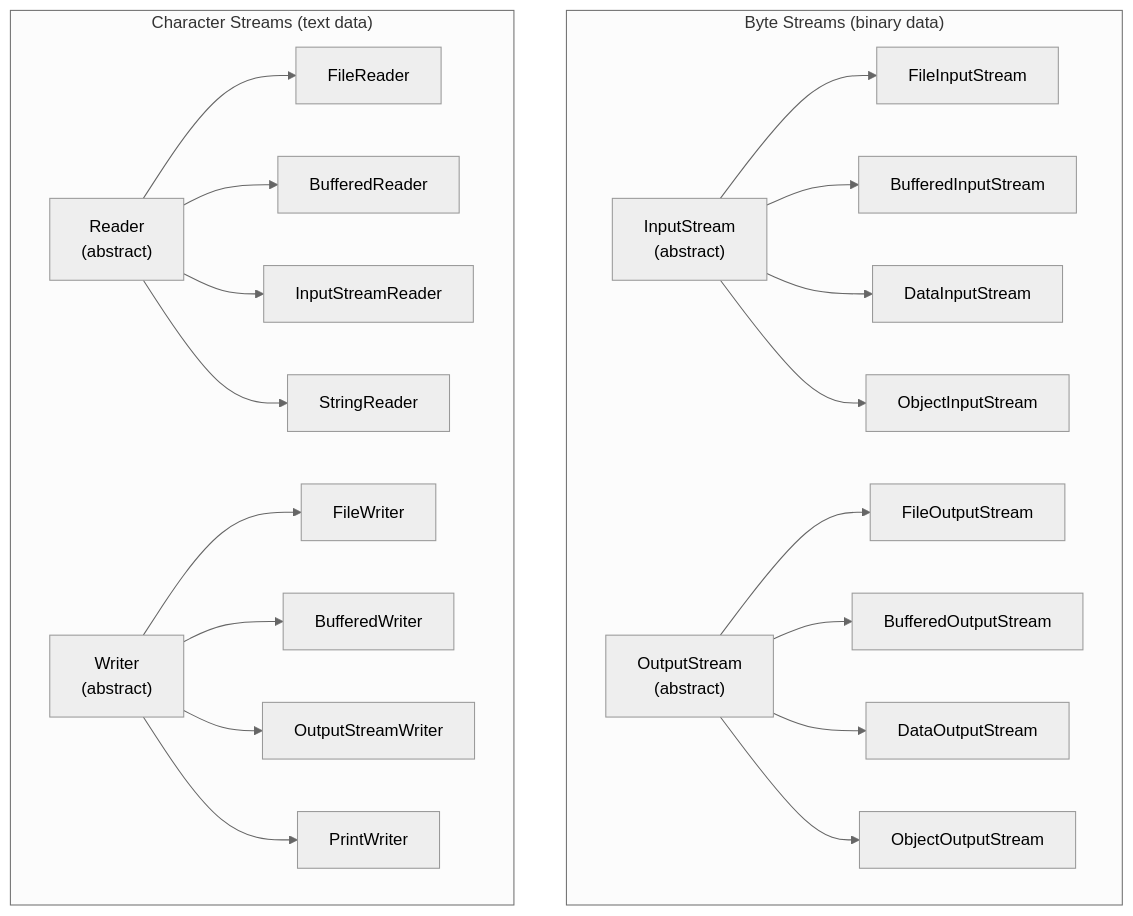
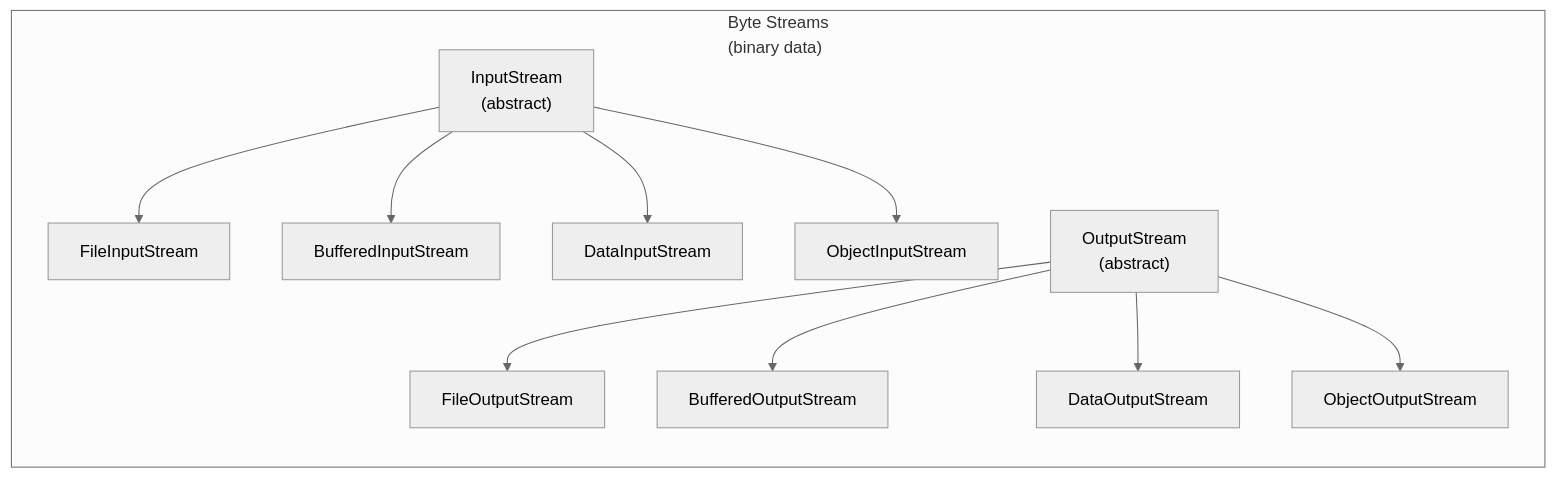
Before and after one commit to amitdevx/TY: the second of 3 diagrams in 01-Semester-V/CS-301-MJ-T-Core-Java/Unit-4.md, drawn with Mermaid (neutral theme). The commit also changed 65 other files, not shown here.

Commit message:
fix:graph vertical

````diff
--- a/01-Semester-V/CS-301-MJ-T-Core-Java/Unit-4.md
+++ b/01-Semester-V/CS-301-MJ-T-Core-Java/Unit-4.md
@@ -298,26 +298,15 @@
 ```mermaid
-graph TD
-    subgraph Byte["Byte Streams (binary data)"]
+graph LR
+    subgraph Byte["Byte Streams<br/>(binary data)"]
         IS["InputStream<br/>(abstract)"] --> FIS["FileInputStream"]
         IS --> BIS["BufferedInputStream"]
         IS --> DIS["DataInputStream"]
         IS --> OIS["ObjectInputStream"]
         
         OS["OutputStream<br/>(abstract)"] --> FOS["FileOutputStream"]
         OS --> BOS["BufferedOutputStream"]
         OS --> DOS["DataOutputStream"]
         OS --> OOS["ObjectOutputStream"]
-    end
-    
-    subgraph Char["Character Streams (text data)"]
-        R["Reader<br/>(abstract)"] --> FR["FileReader"]
-        R --> BR["BufferedReader"]
-        R --> ISR["InputStreamReader"]
-        R --> SR["StringReader"]
-        
-        W["Writer<br/>(abstract)"] --> FW["FileWriter"]
-        W --> BW["BufferedWriter"]
-        W --> OSW["OutputStreamWriter"]
-        W --> PW["PrintWriter"]
+        IS ~~~ OS
     end
 ```
````
